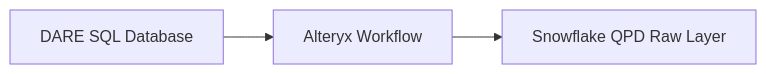
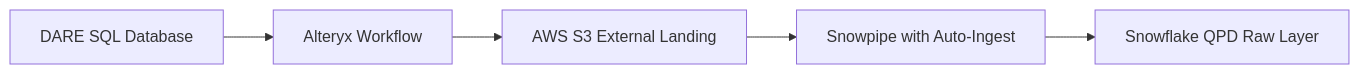
Before and after one commit to sfc-gh-mhindi/REPO_CBA: the sixth of 14 diagrams in 15-BB-QPD Future State/QPD - Future State.md, drawn with Mermaid. The commit also changed other lines of this file, not shown here.

Commit message:
Update QPD - Future State.md

````diff
--- a/15-BB-QPD Future State/QPD - Future State.md
+++ b/15-BB-QPD Future State/QPD - Future State.md
@@ -453,5 +460,7 @@
 ```mermaid
 graph LR
     DARE[DARE SQL Database] --> Alteryx[Alteryx Workflow]
-    Alteryx --> SF_Raw[Snowflake QPD Raw Layer]
+    Alteryx --> S3_Landing[AWS S3 External Landing]
+    S3_Landing --> Snowpipe[Snowpipe with Auto-Ingest]
+    Snowpipe --> SF_Raw[Snowflake QPD Raw Layer]
 ```
````
